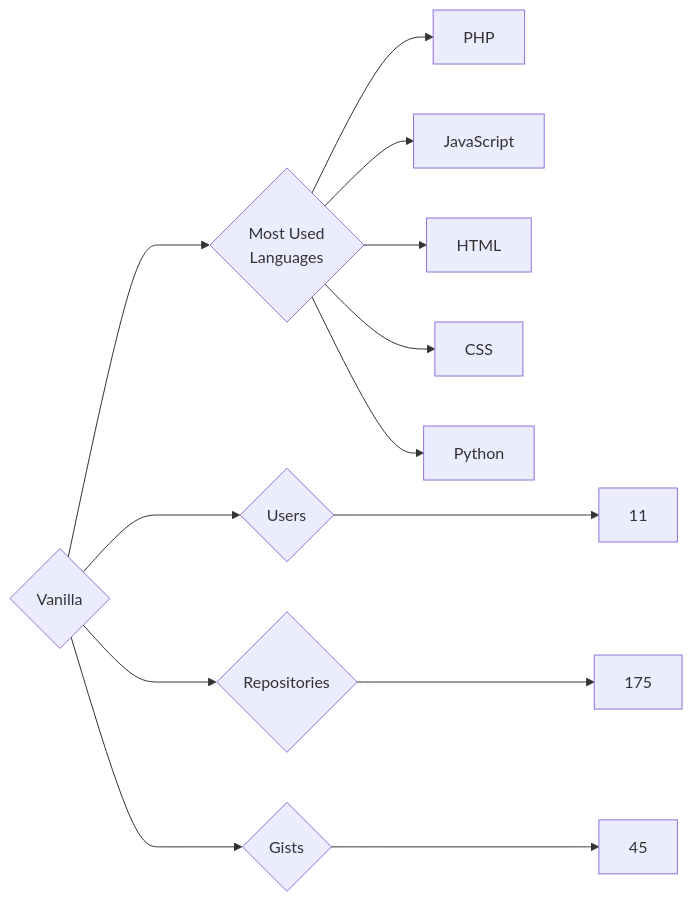
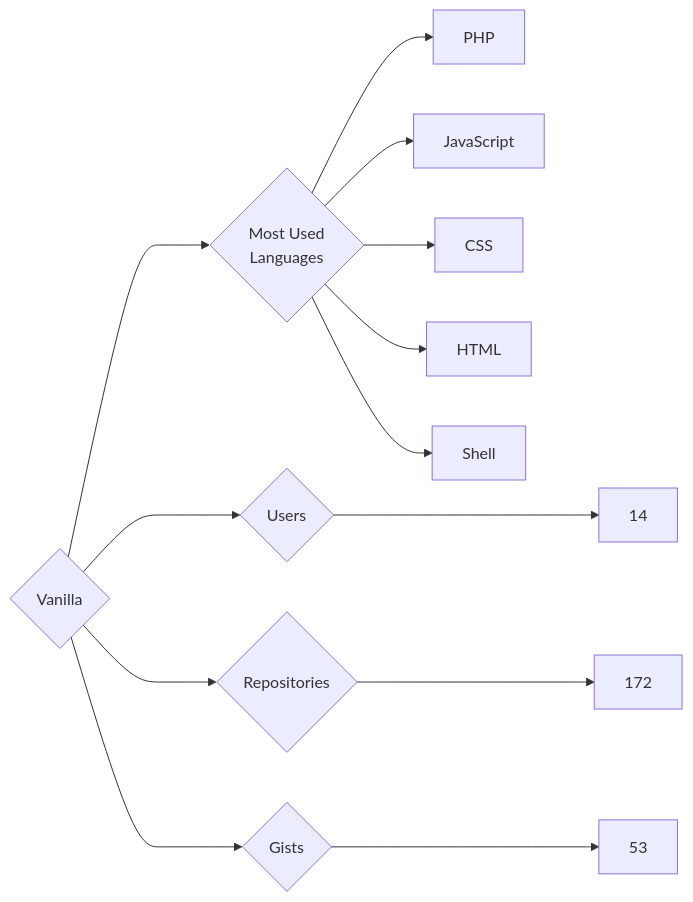
Before and after one commit to trickest/insiders: the diagram in targets/Vanilla/README.md, drawn with Mermaid. The commit also changed 928 other files, not shown here.

````diff
--- a/targets/Vanilla/README.md
+++ b/targets/Vanilla/README.md
@@ -3,13 +3,13 @@
 ```mermaid
 graph LR
 COMPANY_NAME{Vanilla}
-COMPANY_NAME ---> U{Users} ---> UN[11]
-COMPANY_NAME ---> R{Repositories} ---> RN[175]
-COMPANY_NAME ---> G{Gists} ---> GN[45]
+COMPANY_NAME ---> U{Users} ---> UN[14]
+COMPANY_NAME ---> R{Repositories} ---> RN[172]
+COMPANY_NAME ---> G{Gists} ---> GN[53]
 COMPANY_NAME ---> ML{Most Used<br>Languages}
 ML --> PHP[PHP]
 ML --> JavaScript[JavaScript]
+ML --> CSS[CSS]
 ML --> HTML[HTML]
-ML --> CSS[CSS]
-ML --> Python[Python]
+ML --> Shell[Shell]
 ```
````
